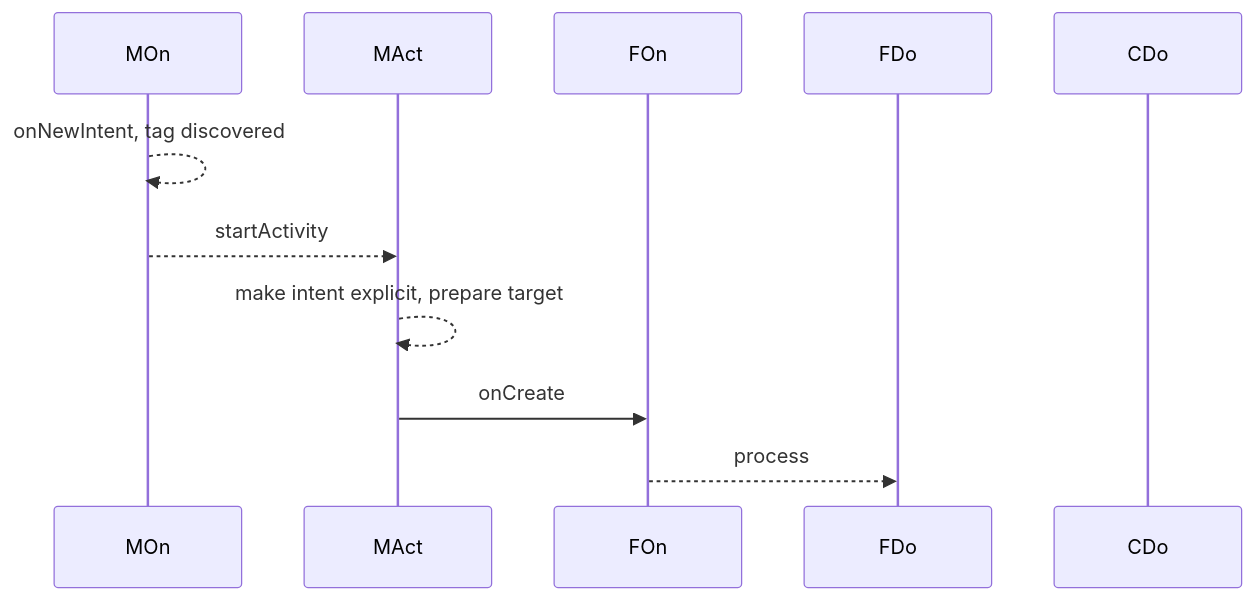
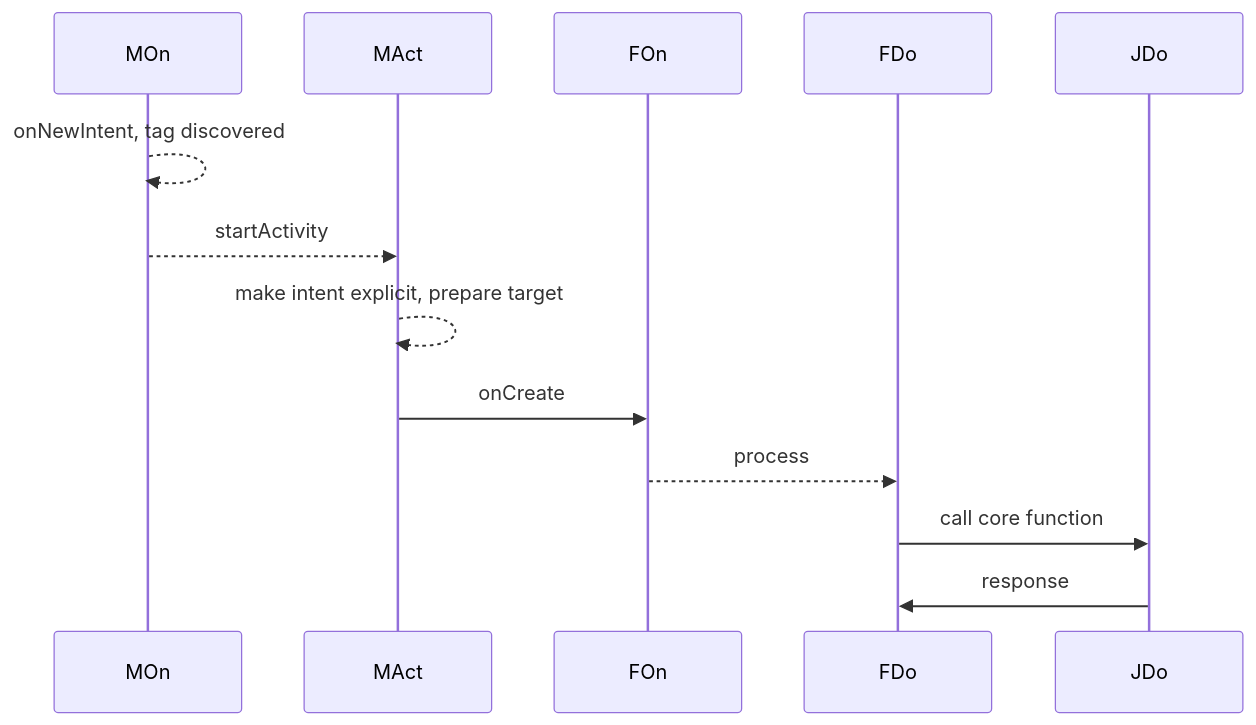
Before and after one commit to gordianknotC/nxp_note: the first of 3 diagrams in flutter/android_to_flutter.md, drawn with Mermaid. The commit also changed other lines of this file, not shown here.

Commit message:
flutter/android_to_flutter.md updated from https://stackedit.io/

````diff
--- a/flutter/android_to_flutter.md
+++ b/flutter/android_to_flutter.md
@@ -3,15 +3,17 @@
 ```mermaid
 sequenceDiagram
 
 participant MOn
 participant MAct
 participant FOn
 participant FDo
-participant CDo
+participant JDo
 
 MOn-->>MOn: onNewIntent, tag discovered
 MOn-->>MAct: startActivity
 MAct-->>MAct: make intent explicit, prepare target
 MAct->>FOn: onCreate
 FOn-->>FDo: process
+FDo->>JDo: call core function
+JDo->>FDo: response
 ```
````
